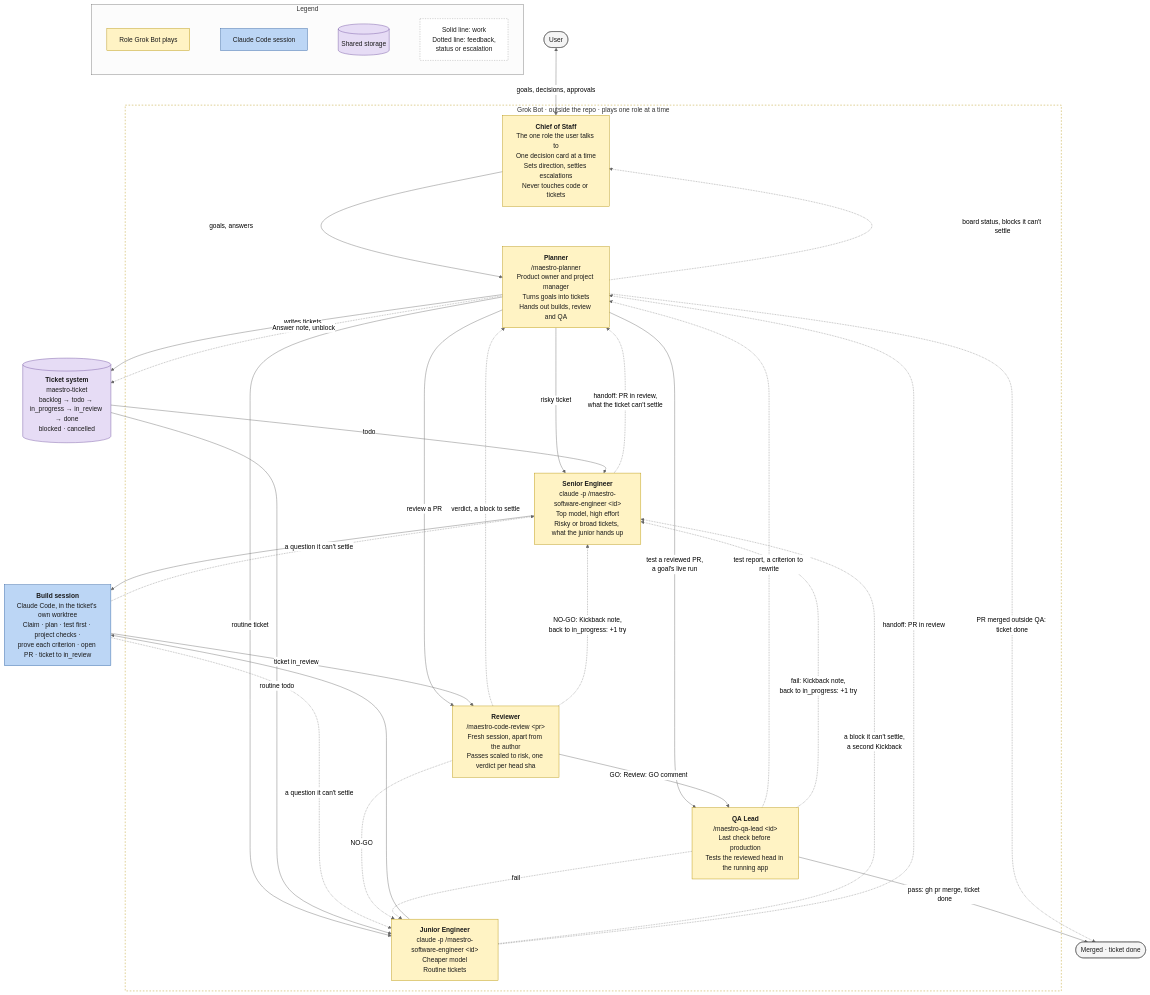
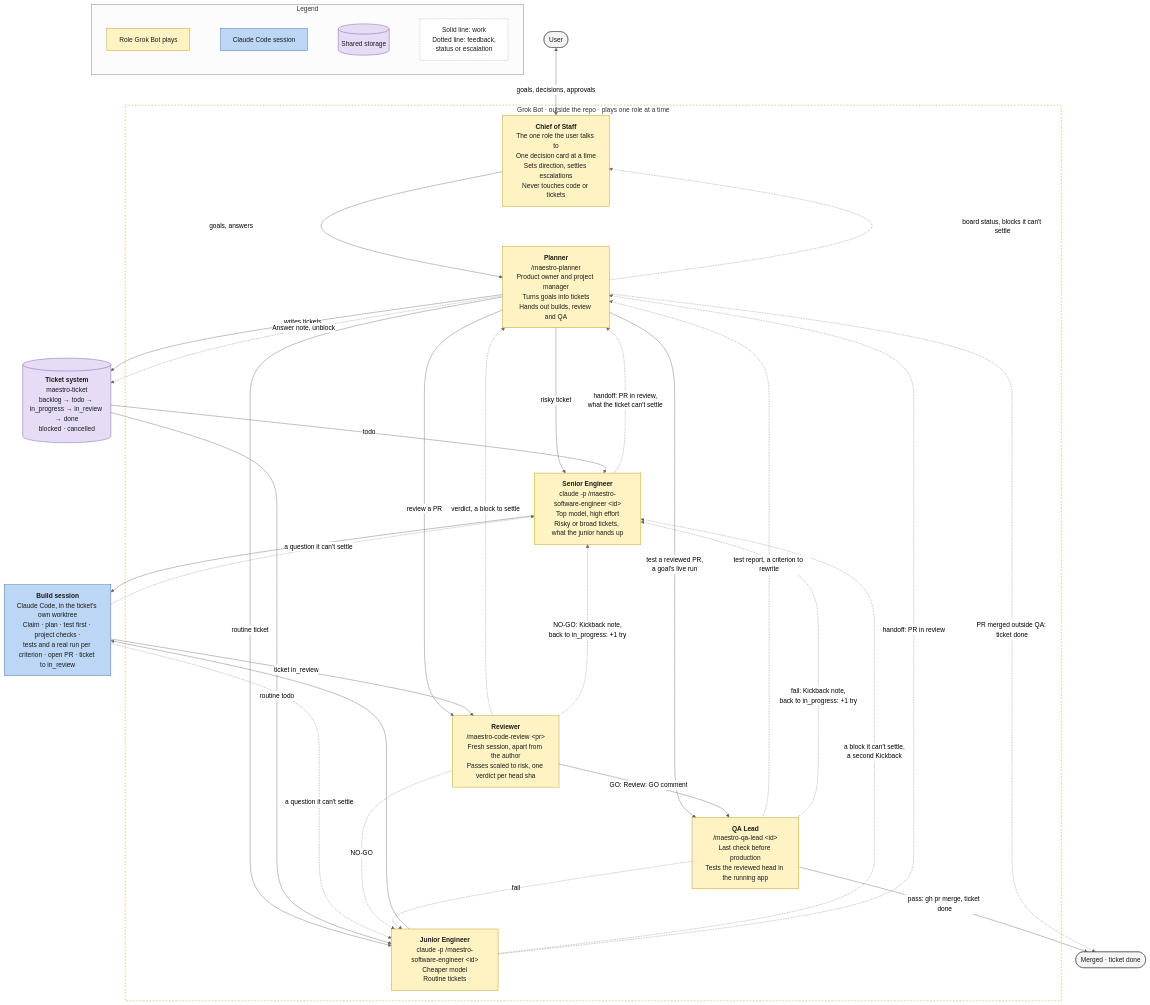
One commit to ProlesDei/maestro changed the diagram in docs/team.mermaid. Above: the diagram before and after it, drawn with Mermaid (neutral theme). The commit also changed 8 other files, not shown here.

```diff
--- a/docs/team.mermaid
+++ b/docs/team.mermaid
@@ -1,77 +1,77 @@
 flowchart TD
     User([User])
 
     subgraph Grok ["Grok Bot · outside the repo · plays one role at a time"]
         CoS["<b>Chief of Staff</b><br/>The one role the user talks to<br/>One decision card at a time<br/>Sets direction, settles escalations<br/>Never touches code or tickets"]
         Planner["<b>Planner</b><br/>/maestro-planner<br/>Product owner and project manager<br/>Turns goals into tickets<br/>Hands out builds, review and QA"]
         Sr["<b>Senior Engineer</b><br/>claude -p /maestro-software-engineer &lt;id&gt;<br/>Top model, high effort<br/>Risky or broad tickets, what the junior hands up"]
         Jr["<b>Junior Engineer</b><br/>claude -p /maestro-software-engineer &lt;id&gt;<br/>Cheaper model<br/>Routine tickets"]
         Rev["<b>Reviewer</b><br/>/maestro-code-review &lt;pr&gt;<br/>Fresh session, apart from the author<br/>Passes scaled to risk, one verdict per head sha"]
         QA["<b>QA Lead</b><br/>/maestro-qa-lead &lt;id&gt;<br/>Last check before production<br/>Tests the reviewed head in the running app"]
     end
 
     Tickets[("<b>Ticket system</b><br/>maestro-ticket<br/>backlog → todo → in_progress → in_review → done<br/>blocked · cancelled")]
 
-    Build["<b>Build session</b><br/>Claude Code, in the ticket's own worktree<br/>Claim · plan · test first · project checks ·<br/>prove each criterion · open PR · ticket to in_review"]
+    Build["<b>Build session</b><br/>Claude Code, in the ticket's own worktree<br/>Claim · plan · test first · project checks ·<br/>tests and a real run per criterion · open PR · ticket to in_review"]
 
     Done([Merged · ticket done])
 
     %% User and Chief of Staff
     User <-->|"goals, decisions, approvals"| CoS
 
     %% The Chief of Staff leads through the Planner
     CoS -->|"goals, answers"| Planner
     Planner -.->|"board status, blocks it can't settle"| CoS
 
     %% The Planner hands out each job
     Planner -->|"risky ticket"| Sr
     Planner -->|"routine ticket"| Jr
     Planner -->|"review a PR"| Rev
     Planner -->|"test a reviewed PR,<br/>a goal's live run"| QA
 
     %% Planning
     Planner -->|"writes tickets"| Tickets
     Tickets -->|"todo"| Sr
     Tickets -->|"routine todo"| Jr
 
     %% Build
     Sr --> Build
     Jr --> Build
     Build -.->|"a question it can't settle"| Sr
     Build -.->|"a question it can't settle"| Jr
     Jr -.->|"a block it can't settle,<br/>a second Kickback"| Sr
     Sr -.->|"handoff: PR in review,<br/>what the ticket can't settle"| Planner
     Jr -.->|"handoff: PR in review"| Planner
     QA -.->|"test report, a criterion to rewrite"| Planner
     Rev -.->|"verdict, a block to settle"| Planner
     Planner -.->|"Answer note, unblock"| Tickets
 
     %% Review, then test
     Build -->|"ticket in_review"| Rev
     Rev -->|"GO: Review: GO comment"| QA
     QA -->|"pass: gh pr merge, ticket done"| Done
     Planner -.->|"PR merged outside QA: ticket done"| Done
     Rev -.->|"NO-GO: Kickback note,<br/>back to in_progress: +1 try"| Sr
     Rev -.->|"NO-GO"| Jr
     QA -.->|"fail: Kickback note,<br/>back to in_progress: +1 try"| Sr
     QA -.->|"fail"| Jr
 
     %% Legend
     subgraph Legend ["Legend"]
         direction LR
         L6["Role Grok Bot plays"] ~~~ L1["Claude Code session"] ~~~ L4[("Shared storage")] ~~~ L5["Solid line: work<br/>Dotted line: feedback,<br/>status or escalation"]
     end
 
     %% Styles
     classDef session fill:#bcd6f5,stroke:#2f5f9e,color:#1a1a1a
     classDef storage fill:#e6dcf5,stroke:#6a4c9c,color:#1a1a1a
     classDef person fill:#f5f5f5,stroke:#555,color:#1a1a1a
     classDef bot fill:#fff3c4,stroke:#b38f00,color:#1a1a1a
     classDef note fill:#ffffff,stroke:#999,color:#1a1a1a,stroke-dasharray:3 3
 
     class Build,L1 session
     class Tickets,L4 storage
     class User,Done person
     class CoS,Planner,Sr,Jr,QA,Rev,L6 bot
     class L5 note
     style Grok fill:none,stroke:#b38f00,stroke-dasharray:4 4
```
